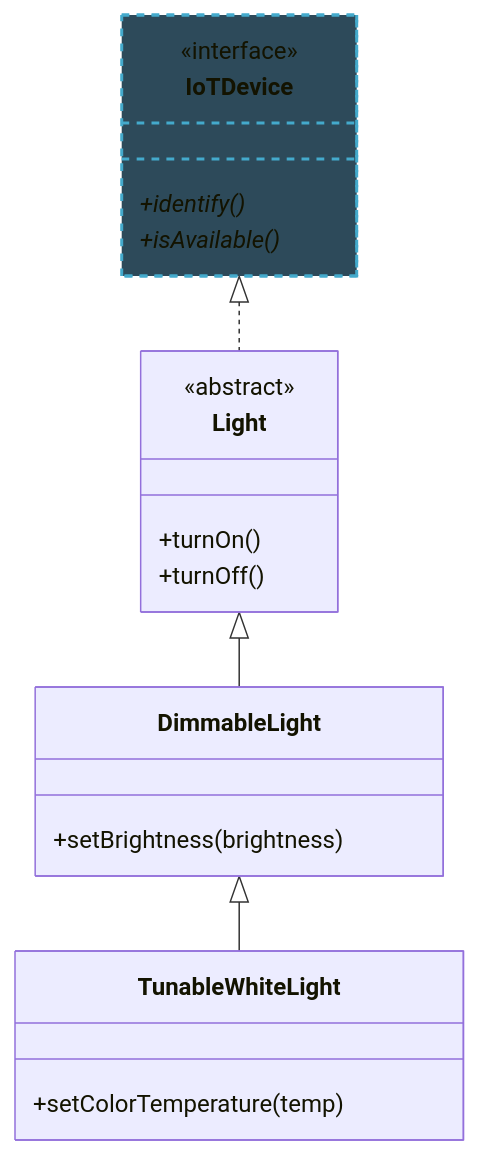
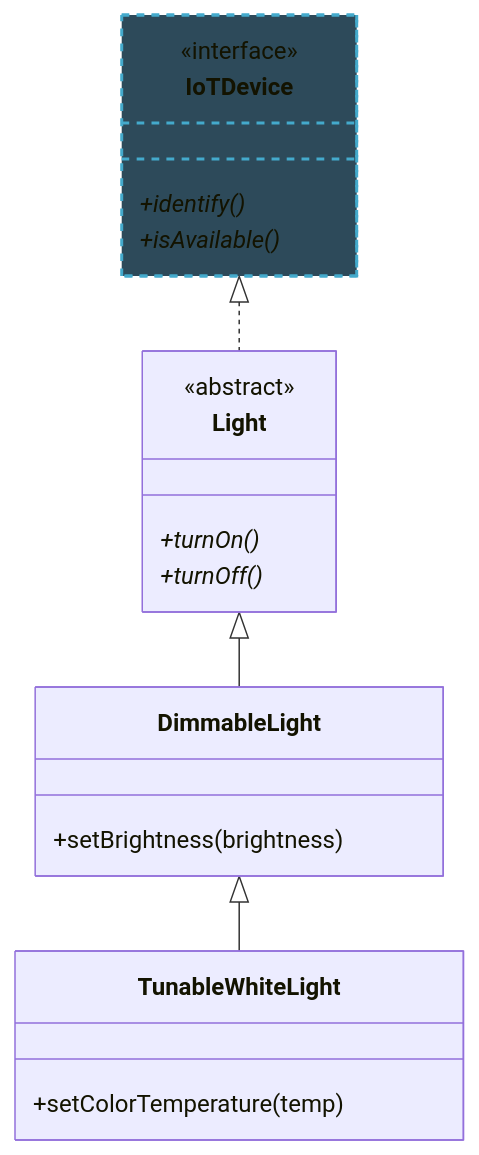
The first of 3 diagrams in lecture-slides/l3-more-java.mdx (neu-pdi/cs3100-public-resources), drawn with Mermaid before and after one commit. The commit also changed other lines of this file and 4 other files, not shown here.

````diff
--- a/lecture-slides/l3-more-java.mdx
+++ b/lecture-slides/l3-more-java.mdx
@@ -102,24 +108,24 @@
 ```mermaid
 classDiagram
     class IoTDevice {
         <<interface>>
         +identify()*
         +isAvailable()*
     }
     class Light {
         <<abstract>>
-        +turnOn()
-        +turnOff()
+        +turnOn()*
+        +turnOff()*
     }
     class DimmableLight {
         +setBrightness(brightness)
     }
     class TunableWhiteLight {
         +setColorTemperature(temp)
     }
     IoTDevice <|.. Light
     Light <|-- DimmableLight
     DimmableLight <|-- TunableWhiteLight
 
     style IoTDevice fill:#2d4a5a,stroke:#4ac,stroke-width:2px,stroke-dasharray: 5 5
 ```
````
